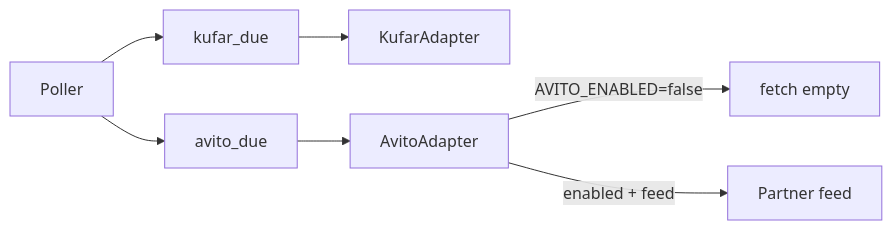
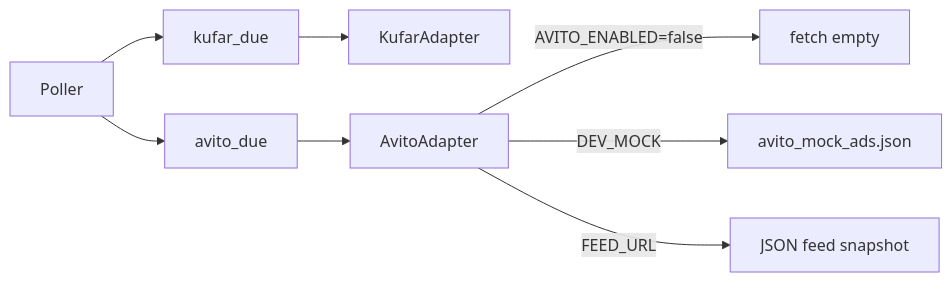
One commit to Drs1dead/parser-kufar changed the diagram in ARCHITECTURE.md. Above: the diagram before and after it, drawn with Mermaid. The commit also changed other lines of this file and 13 other files, not shown here.

First line of the commit message:
Add Avito JSON feed adapter (Phase 4.1) and unified FEED_REFRESH_SECONDS.

````diff
--- a/ARCHITECTURE.md
+++ b/ARCHITECTURE.md
@@ -53,9 +53,10 @@
 ```mermaid
 flowchart LR
   Poller --> KufarDispatch[kufar_due]
   Poller --> AvitoDispatch[avito_due]
   KufarDispatch --> KufarAdapter
   AvitoDispatch --> AvitoAdapter
   AvitoAdapter -->|"AVITO_ENABLED=false"| Empty[fetch empty]
-  AvitoAdapter -->|"enabled + feed"| Feed[Partner feed]
+  AvitoAdapter -->|"DEV_MOCK"| MockFile[avito_mock_ads.json]
+  AvitoAdapter -->|"FEED_URL"| Feed[JSON feed snapshot]
 ```
````
